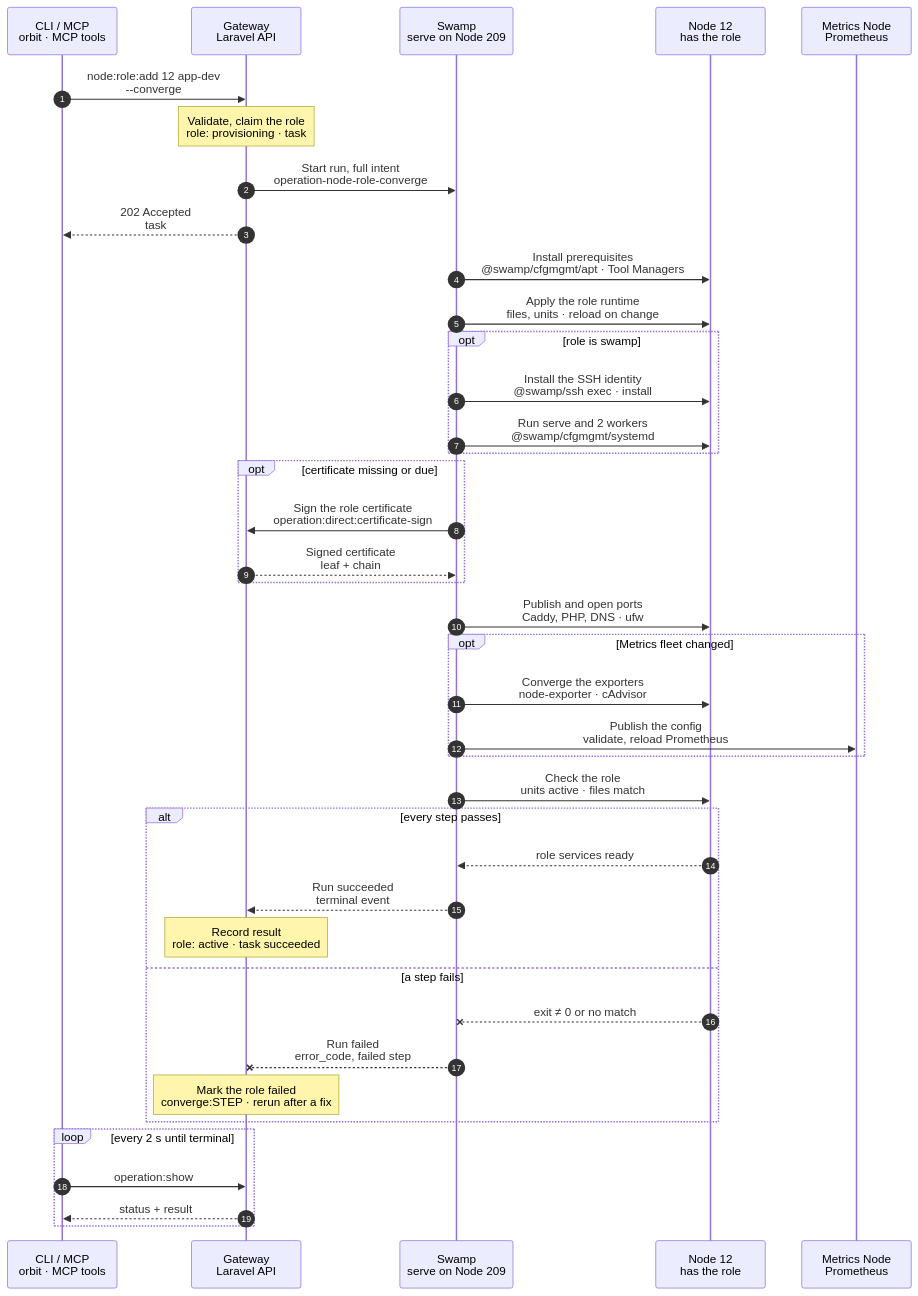
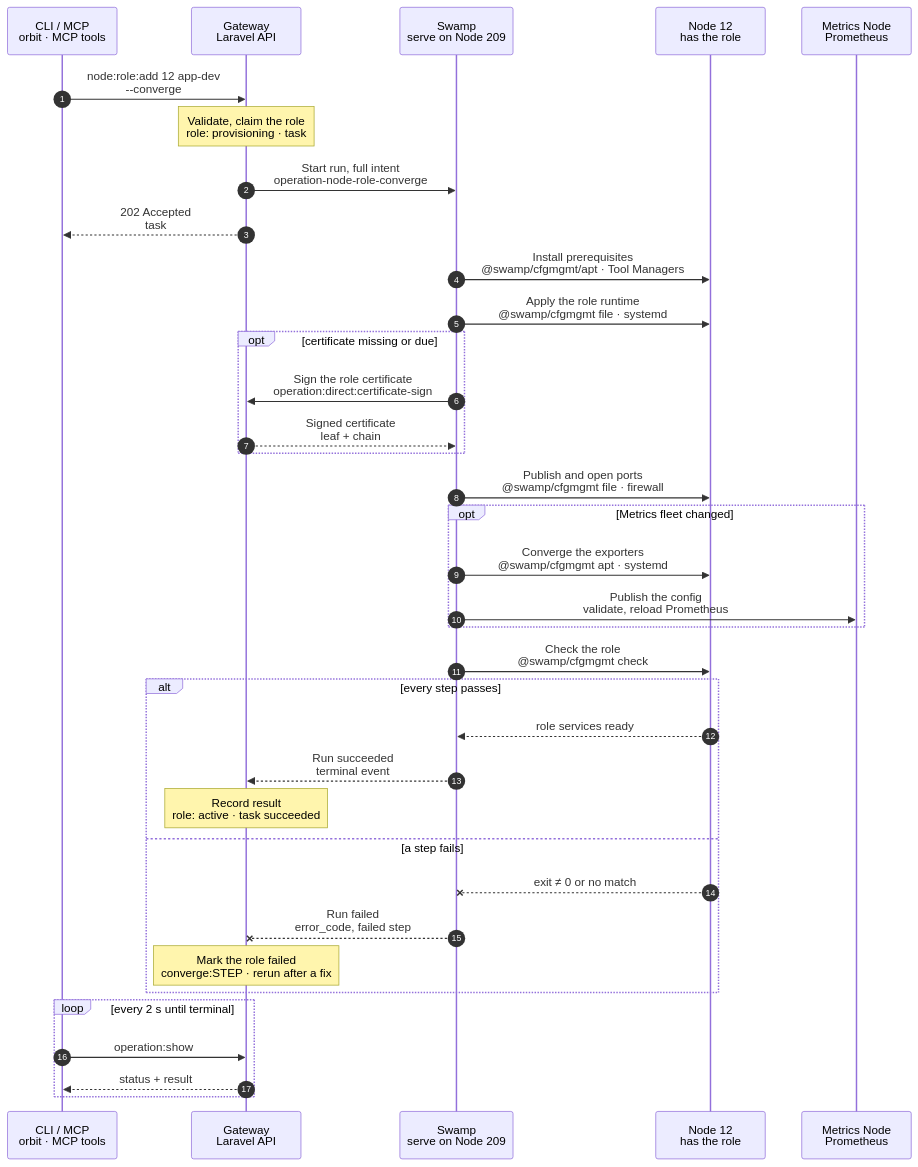
Before and after one commit to hardimpactdev/orbit: the diagram in docs/cli/node/role-converge.mmd, drawn with Mermaid. The commit also changed 6 other files, not shown here.

First line of the commit message:
docs(cli): tighten2 wave 7 charts (node.add, node.role_add, node.role_converge, node.role_remove, node.remove, metrics.enable, metrics.disable)

```diff
--- a/docs/cli/node/role-converge.mmd
+++ b/docs/cli/node/role-converge.mmd
@@ -1,170 +1,145 @@
 sequenceDiagram
   %% Target design: ADR 0243/0244 task, DECISIONS R1-R4 + 5, single-swamp-node, swamp-role-includes-caddy, swamp-workers-two-concurrency. docs/cli/node.mdx#orbit-noderoleadd, docs/reference/node-provisioning.md#native-role-convergence.
+  %% Tightened: flow-tighten 2026-11-02, rules 9, 22 (cfgmgmt behaviors named; their checks are the end check, no file read-back).
   %% status: draft
   %% command: node:role:add
   %% kind: node.role_converge
   autonumber
   %% lane CLI icon=terminal pill=caller tone=gray
   %% lane GW icon=gateway pill=intent tone=blue
   %% lane SW icon=workflow pill=executes tone=green
   %% lane N icon=server pill=target tone=amber
   %% lane M icon=server pill=target tone=purple
   participant CLI as CLI / MCP<br/>orbit · MCP tools
   participant GW as Gateway<br/>Laravel API
   participant SW as Swamp<br/>serve on Node 209
   participant N as Node 12<br/>has the role
   participant M as Metrics Node<br/>Prometheus
   CLI->>GW: node:role:add 12 app-dev<br/>--converge
   %%> Command:
   %%> - `orbit node:role:add 12 app-dev --converge`
   %%> - syntax: `<node> <role> --converge [--idempotency-key=KEY] [--json]`
   %%> Input:
   %%> - the Node, by id or exact name, and a role it already has
   %%> What it does:
   %%> - applies the role's packages, files, units and publication again, and repairs drift
   %%> - never changes an Instance, a Process, a Schedule or the role assignment itself
   %%> Who can call it:
   %%> - the `orbit` CLI and the MCP tool send the same request
   %%> - `node:converge` runs the same role steps for each active role, but only for parts whose digest changed
   Note over GW: Validate, claim the role<br/>role: provisioning · task #5171
   %%> Requirements:
   %%> - your Node has an access grant to Node 12
   %%> - Node 12 is an active, managed Linux Node and has the `app-dev` role
   %%> - the role is `active`, `failed` at a `converge:` step, or `provisioning` with a stale claim: older than 11 minutes, with no operation holding the role lock
   %%> - the role is not `vpn` or `router`; `node:converge` re-applies the `vpn` files
   %%> - one role operation per Node: the Gateway waits up to 2 minutes for Node 12's role lock, then refuses with `node_role.node_busy`
   %%> Builds:
   %%> - the complete role plan, with one digest per part
   %%> - the current Metrics fleet change for Node 12, when there is one
   %%> Result:
   %%> - the role marked provisioning, and task #5171 recorded with the full intent
   GW->>SW: Start run, full intent<br/>operation-node-role-converge
   %%> What it does:
   %%> - starts one Swamp run on serve (Node 209)
   %%> Inputs:
   %%> - the role plan with its files and digests, and the vault key names of the role credentials
   %%> - Node 12's and the Metrics Node's addresses and SSH host keys; the SSH identity comes from the `swamp` role
   GW-->>CLI: 202 Accepted<br/>task #5171
   %%> What you get:
   %%> - the task number, at once
   %%> Next:
   %%> - the CLI follows the task with `operation:show`
   SW->>N: Install prerequisites<br/>@swamp/cfgmgmt/apt · Tool Managers
   %%> What it does:
   %%> - installs only what is missing or below its pin; a package at its pin stays, so nothing restarts for it
   %%> - `app-dev`, `app-prod`: the shared Tool Manager setup step for `vp` and `composer`
   %%> How:
   %%> - official `@swamp/cfgmgmt` behaviors (apt, fetch, file) over SSH from 209
-  SW->>N: Apply the role runtime<br/>files, units · reload on change
+  SW->>N: Apply the role runtime<br/>@swamp/cfgmgmt file · systemd
   %%> What it does:
   %%> - writes each file of the role, and reloads a service only when one of its files changed
   %%> Per role:
   %%> - Caddy roles (`gateway`, `router`, `ingress`, `app-dev`, `app-prod`, `websocket`, `analytics`, `swamp`): Caddy package floor, the reload kernel setting, then the Caddyfile; validates it first and reloads Caddy gracefully
   %%> - `app-dev`, `app-prod`: the managed PHP-FPM module; validates each running master and reloads the valid ones gracefully
   %%> - `app-dev`: the `/etc/tmpfiles.d/orbit.conf` rule for `/tmp/orbit-*` and `/dev/shm/orbit-*`; restarts nothing
   %%> - `vpn`, through `node:converge`: the private DNS listener, records and catalog; restarts dnsmasq or the listener only for a change, and restores the last good copy when the new one fails its check
   %%> - `websocket`: the Reverb service
   %%> - `metrics`: the same steps as `metrics:enable`; a Prometheus config change is a reload
-  %%> - `swamp`: Orbit's Caddy; serve and its workers follow in their own steps
+  %%> - `swamp`: Orbit's Caddy and the 2 worker services `orbit-swamp-worker@a` and `@b`
+  %%> The swamp role's workers:
+  %%> - this run runs on them, so converge never stops or removes them
+  %%> - a changed worker unit takes effect at the worker's next restart
   %%> How:
   %%> - official `@swamp/cfgmgmt` behaviors (file, systemd, docker) over SSH from 209
-  opt role is swamp
-    SW->>N: Install the SSH identity<br/>@swamp/ssh exec · install
-    %%> What it does:
-    %%> - copies the Node's `node-proxy` key to `/etc/orbit/swamp-role-worker/ssh-identity`, owned by root and readable by the workers' account (`0440`)
-    %%> - one `install` command; repeating it changes nothing
-    %%> Why:
-    %%> - every Swamp step reaches its Node over SSH with this key
-    %%> Requirements:
-    %%> - an operator bootstraps the first swamp Node; until this step has run once, no worker holds the key
-    SW->>N: Run serve and 2 workers<br/>@swamp/cfgmgmt/systemd
-    %%> What it does:
-    %%> - writes `orbit-swamp-serve.service` and the worker template `orbit-swamp-worker@.service` from the role plan; systemd reloads only when one changed
-    %%> - enables serve and the workers `@a` and `@b`, and starts any that is stopped
-    %%> Serve:
-    %%> - `swamp serve` on `127.0.0.1:9418` from the serve checkout, with at most 4 scheduled runs in flight and a 5-minute shutdown drain
-    %%> - never restarted here: a changed serve unit takes effect at serve's next restart, which an operator makes in a quiet window
-    %%> Workers:
-    %%> - each reaches serve on loopback with 8 dispatch slots and the labels `role=swamp` and `node=12`
-    %%> - a running worker is never stopped or restarted here, because runs may be on it; a changed worker unit takes effect at the worker's next restart
-    %%> Requirements:
-    %%> - placed by an operator: the pinned `swamp` binary, each worker's enrollment and server tokens in `/etc/orbit/swamp-role-worker/<a|b>/`, and the serve checkout
-    %%> - nothing reads them first: a missing one fails the start with `swamp.worker_unit_failed` or `swamp.serve_unit_failed`
-    %%> Not included:
-    %%> - serve's grants files and `swamp access reload`: they follow the checkout, so the release's Swamp load applies them (`gateway.swamp_load`)
-    %%> - the datastore watch: a native schedule among the repository's workflows, which serve loads with each release (`swamp.datastore_watch`)
-    %%> How:
-    %%> - `@swamp/cfgmgmt/systemd` with the unit content, over SSH from 209
-  end
   opt certificate missing or due
     SW->>GW: Sign the role certificate<br/>operation:direct:certificate-sign
     %%> When:
     %%> - the role's Orbit certificate is missing, doesn't match its key, or is close to expiry
     %%> How:
     %%> - a step creates a new key on Node 12 and reads only the CSR; the Gateway signs it with the Orbit CA
     %%> - this is the one call a step may make to the Gateway
     GW-->>SW: Signed certificate<br/>leaf + chain
     %%> What happens next:
     %%> - Swamp writes the certificate beside its key on Node 12 and activates it
   end
-  SW->>N: Publish and open ports<br/>Caddy, PHP, DNS · ufw
+  SW->>N: Publish and open ports<br/>@swamp/cfgmgmt file · firewall
   %%> What it does:
   %%> - publishes the role's Caddy sites and PHP pools again, validated, with a graceful reload only on change
   %%> - applies the role's managed firewall rules; an existing identical line stays as it is
   %%> - re-publishes the role's private DNS names through the shared DNS step on the `vpn` Node
   opt Metrics fleet changed
-    SW->>N: Converge the exporters<br/>node-exporter · cAdvisor
+    SW->>N: Converge the exporters<br/>@swamp/cfgmgmt apt · systemd
     %%> When:
     %%> - Node 12 is a selected exporter and its exporters or their firewall allows drifted
     %%> What it does:
     %%> - the same steps as `metrics:exporter:enable`
     SW->>M: Publish the config<br/>validate, reload Prometheus
     %%> When:
     %%> - only when the Prometheus configuration changed
     %%> What it does:
     %%> - validates it with `promtool`, publishes it, and reloads Prometheus while it runs
   end
-  SW->>N: Check the role<br/>units active · files match
+  SW->>N: Check the role<br/>@swamp/cfgmgmt check
   %%> What it does:
   %%> - checks the role's services are active and answer, such as Caddy, PHP-FPM or Reverb
-  %%> - reads each applied file back and compares it with its digest
-  %%> - `swamp`: the `check` of each `@swamp/cfgmgmt/systemd` step and of the identity file, then a native `assert` fails the run on any drift
+  %%> - the `check` of each file and systemd behavior confirms its content and state; no separate read-back
   %%> Why:
   %%> - the role only counts as converged when Node 12 shows it
   alt every step passes
     N-->>SW: role services ready
     %%> Returns:
     %%> - the check passed for every part of the role
     SW-->>GW: Run succeeded<br/>terminal event
     %%> How the Gateway learns it:
     %%> - its shared run reader sees the terminal event; Swamp never calls the Gateway for a result
     Note over GW: Record result<br/>role: active · task succeeded
     %%> Result:
     %%> - the `app-dev` role on Node 12 is active again, with the digest of each applied part
     %%> - a failed step from an earlier run is cleared
     %%> - task #5171 succeeds
   else a step fails
     N--xSW: exit ≠ 0 or no match
     %%> When:
     %%> - a package, file, unit, Caddy validation, certificate, firewall or check step fails
     SW--xGW: Run failed<br/>error_code, failed step
     %%> The Gateway reads:
     %%> - which step failed and its error code
     Note over GW: Mark the role failed<br/>converge:STEP · rerun after a fix
     %%> Result:
     %%> - the role is marked failed at `converge:STEP`, with the step's own error code
     %%> - task #5171 fails
     %%> On the Node:
     %%> - finished steps stay; there is no rollback, except the DNS listener's restore of its last good copy
     %%> - running services keep their last valid configuration, because nothing reloads with one that fails validation
     %%> Retry:
     %%> - run the same command again after fixing the cause; it is a new task
   end
   loop every 2 s until terminal
     CLI->>GW: operation:show #5171
     %%> What it does:
     %%> - asks for the task's status every 2 seconds until it has ended
     GW-->>CLI: status + result
     %%> Returns:
     %%> - the current status, and the result once the task has ended
   end
```
